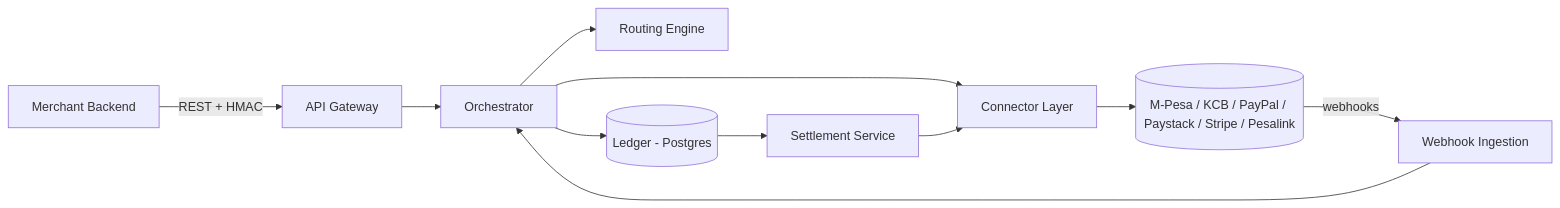
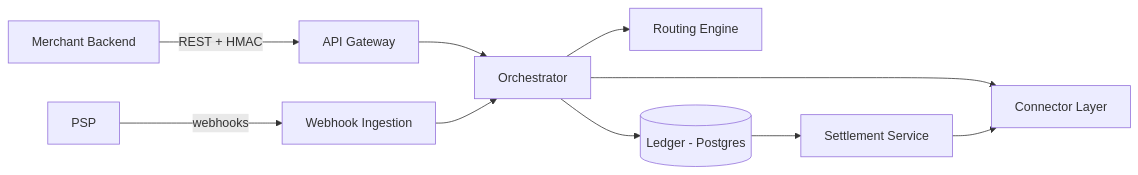
One commit to paulodhiambo/zia changed the diagram in readme.md. Above: the diagram before and after it, drawn with Mermaid. The commit also changed other lines of this file and 34 other files, not shown here.

First line of the commit message:
feat: replace KCB with Google Pay, then strip to mpesa+paystack only

````diff
--- a/readme.md
+++ b/readme.md
@@ -72,13 +67,12 @@
 ```mermaid
 flowchart LR
     M[Merchant Backend] -->|REST + HMAC| GW[API Gateway]
     GW --> ORC[Orchestrator]
     ORC --> RTE[Routing Engine]
     ORC --> Conn[Connector Layer]
-    Conn --> PSP[(M-Pesa / KCB / PayPal / Paystack / Stripe / Pesalink)]
     PSP -->|webhooks| WH[Webhook Ingestion]
     WH --> ORC
     ORC --> LED[(Ledger - Postgres)]
     LED --> SET[Settlement Service]
     SET --> Conn
 ```
````
